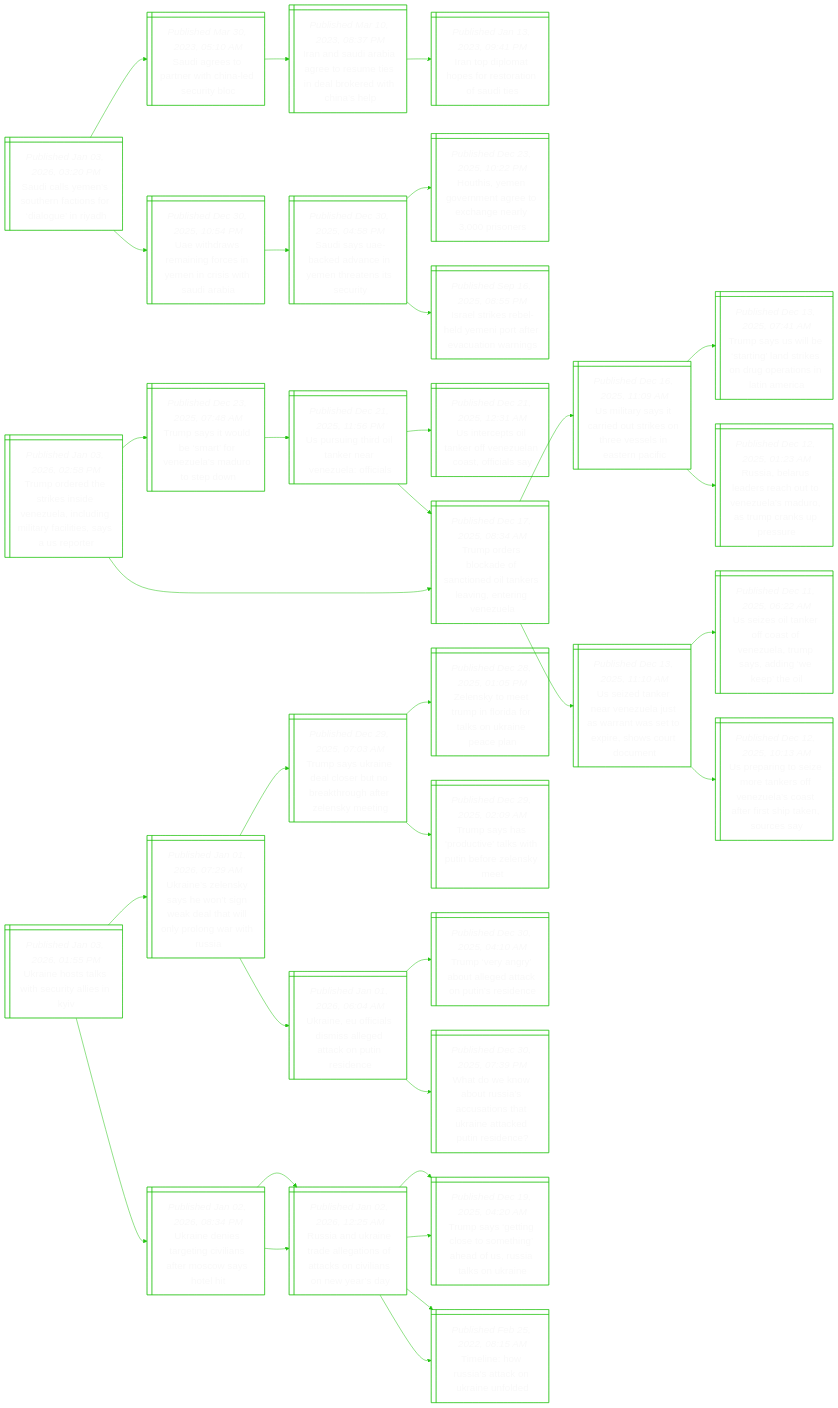
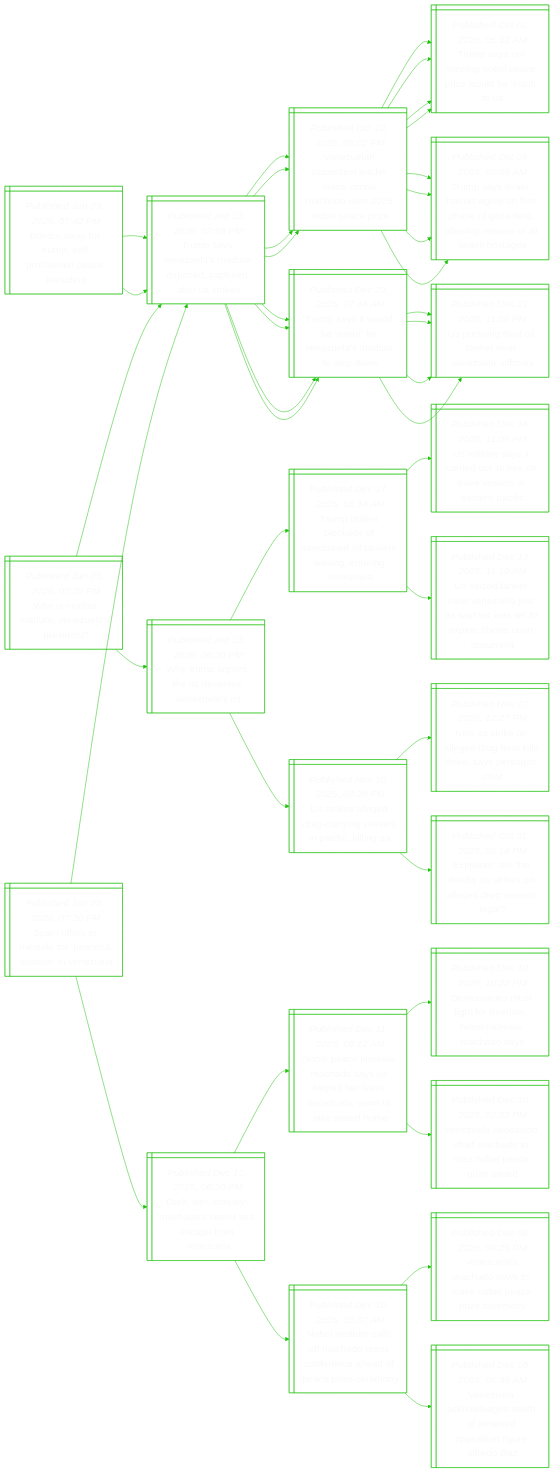
Before and after one commit to notJmes/notJmes: the diagram in README.md, drawn with Mermaid. The commit also changed other lines of this file, not shown here.

````diff
--- a/README.md
+++ b/README.md
@@ -16,112 +16,130 @@
 flowchart LR
 classDef txtsize font-size:20px;
 
-ScYshandgRh@{ shape: win-pane, label: "_Published Jan 03, 2026, 03:20 PM_
-Saudi calls yemen’s southern factions for ‘dialogue’ in riyadh" }
-Sasrwheub@{ shape: win-pane, label: "_Published Mar 30, 2023, 05:10 AM_
-Saudi agrees to partner with china-led security bloc" }
-Indbrreileiie@{ shape: win-pane, label: "_Published Mar 10, 2023, 08:37 PM_
-Iran and saudi arabia agree to resume ties in deal brokered with china’s help" }
-Iolhfstfi@{ shape: win-pane, label: "_Published Jan 13, 2023, 09:41 PM_
-Iran top diplomat hopes for restoration of saudi ties" }
-Utwageenihii@{ shape: win-pane, label: "_Published Dec 30, 2025, 10:54 PM_
-Uae withdraws remaining forces in yemen in crisis with saudi arabia" }
-SsAkvieeset@{ shape: win-pane, label: "_Published Dec 30, 2025, 04:58 PM_
-Saudi says uae-backed advance in yemen threatens its security" }
-Hieenexgrir@{ shape: win-pane, label: "_Published Dec 23, 2025, 10:22 PM_
-Houthis, yemen government agree to exchange nearly 3,000 prisoners" }
-Ilkblerecon@{ shape: win-pane, label: "_Published Sep 16, 2025, 08:55 PM_
-Israel strikes rebel-held yemeni port after evacuation warnings" }
-
-ScYshandgRh:::txtsize --> Sasrwheub:::txtsize
-Sasrwheub:::txtsize --> Indbrreileiie:::txtsize
-Indbrreileiie:::txtsize --> Iolhfstfi:::txtsize
-ScYshandgRh:::txtsize --> Utwageenihii:::txtsize
-Utwageenihii:::txtsize --> SsAkvieeset:::txtsize
-SsAkvieeset:::txtsize --> Hieenexgrir:::txtsize
-SsAkvieeset:::txtsize --> Ilkblerecon:::txtsize
-
-ToeseinllgtataSr@{ shape: win-pane, label: "_Published Jan 03, 2026, 02:58 PM_
-Trump ordered the strikes inside venezuela, including military facilities, says a us reporter" }
+Baomfldei@{ shape: win-pane, label: "_Published Jan 03, 2026, 07:42 PM_
+Bombs away for trump, self-proclaimed peace president" }
+TseeadetaUi@{ shape: win-pane, label: "_Published Jan 03, 2026, 02:58 PM_
+Trump says venezuela’s maduro deposed, captured after us strikes" }
+Vuoilranhibai@{ shape: win-pane, label: "_Published Oct 10, 2025, 05:02 PM_
+Venezuelan opposition leader maria corina machado wins 2025 nobel peace prize" }
+TsonoeroelS@{ shape: win-pane, label: "_Published Oct 01, 2025, 05:12 AM_
+Trump says not winning nobel peace prize would be ‘insult’ to us" }
+TssHaossaaorslaoe@{ shape: win-pane, label: "_Published Oct 09, 2025, 05:09 AM_
+Trump says israel, hamas agree on first phase of gaza deal, allowing release of all israeli hostages" }
 Tstdarzsrtw@{ shape: win-pane, label: "_Published Dec 23, 2025, 07:48 AM_
 Trump says it would be ‘smart’ for venezuela’s maduro to step down" }
 Ustonenlis@{ shape: win-pane, label: "_Published Dec 21, 2025, 11:56 PM_
 Us pursuing third oil tanker near venezuela: officials" }
-Uettreeofay@{ shape: win-pane, label: "_Published Dec 21, 2025, 12:31 AM_
-Us intercepts oil tanker off venezuelan coast, officials say" }
-Toskftdasitgz@{ shape: win-pane, label: "_Published Dec 17, 2025, 08:34 AM_
-Trump orders blockade of sanctioned oil tankers leaving, entering venezuela" }
+TseeadetaUi@{ shape: win-pane, label: "_Published Jan 03, 2026, 02:58 PM_
+Trump says venezuela’s maduro deposed, captured after us strikes" }
+Vuoilranhibai@{ shape: win-pane, label: "_Published Oct 10, 2025, 05:02 PM_
+Venezuelan opposition leader maria corina machado wins 2025 nobel peace prize" }
+TsonoeroelS@{ shape: win-pane, label: "_Published Oct 01, 2025, 05:12 AM_
+Trump says not winning nobel peace prize would be ‘insult’ to us" }
+TssHaossaaorslaoe@{ shape: win-pane, label: "_Published Oct 09, 2025, 05:09 AM_
+Trump says israel, hamas agree on first phase of gaza deal, allowing release of all israeli hostages" }
+Tstdarzsrtw@{ shape: win-pane, label: "_Published Dec 23, 2025, 07:48 AM_
+Trump says it would be ‘smart’ for venezuela’s maduro to step down" }
+Ustonenlis@{ shape: win-pane, label: "_Published Dec 21, 2025, 11:56 PM_
+Us pursuing third oil tanker near venezuela: officials" }
+
+Baomfldei:::txtsize --> TseeadetaUi:::txtsize
+TseeadetaUi:::txtsize --> Vuoilranhibai:::txtsize
+Vuoilranhibai:::txtsize --> TsonoeroelS:::txtsize
+Vuoilranhibai:::txtsize --> TssHaossaaorslaoe:::txtsize
+TseeadetaUi:::txtsize --> Tstdarzsrtw:::txtsize
+Tstdarzsrtw:::txtsize --> Ustonenlis:::txtsize
+Baomfldei:::txtsize --> TseeadetaUi:::txtsize
+TseeadetaUi:::txtsize --> Vuoilranhibai:::txtsize
+Vuoilranhibai:::txtsize --> TsonoeroelS:::txtsize
+Vuoilranhibai:::txtsize --> TssHaossaaorslaoe:::txtsize
+TseeadetaUi:::txtsize --> Tstdarzsrtw:::txtsize
+Tstdarzsrtw:::txtsize --> Ustonenlis:::txtsize
+
+WNaunlen@{ shape: win-pane, label: "_Published Jan 03, 2026, 07:25 PM_
+Who is nicolas maduro, venezuela’s president?" }
+TseeadetaUi@{ shape: win-pane, label: "_Published Jan 03, 2026, 02:58 PM_
+Trump says venezuela’s maduro deposed, captured after us strikes" }
+Vuoilranhibai@{ shape: win-pane, label: "_Published Oct 10, 2025, 05:02 PM_
+Venezuelan opposition leader maria corina machado wins 2025 nobel peace prize" }
+TsonoeroelS@{ shape: win-pane, label: "_Published Oct 01, 2025, 05:12 AM_
+Trump says not winning nobel peace prize would be ‘insult’ to us" }
+TssHaossaaorslaoe@{ shape: win-pane, label: "_Published Oct 09, 2025, 05:09 AM_
+Trump says israel, hamas agree on first phase of gaza deal, allowing release of all israeli hostages" }
+Tstdarzsrtw@{ shape: win-pane, label: "_Published Dec 23, 2025, 07:48 AM_
+Trump says it would be ‘smart’ for venezuela’s maduro to step down" }
+Ustonenlis@{ shape: win-pane, label: "_Published Dec 21, 2025, 11:56 PM_
+Us pursuing third oil tanker near venezuela: officials" }
+Wugheeea@{ shape: win-pane, label: "_Published Jan 03, 2026, 06:30 PM_
+Why trump argues the us deserves venezuela’s oil" }
 Toskftdasitgz@{ shape: win-pane, label: "_Published Dec 17, 2025, 08:34 AM_
 Trump orders blockade of sanctioned oil tankers leaving, entering venezuela" }
 Uistitktvlanf@{ shape: win-pane, label: "_Published Dec 16, 2025, 11:09 AM_
 Us military says it carried out strikes on three vessels in eastern pacific" }
-TsSbrltsurnama@{ shape: win-pane, label: "_Published Dec 13, 2025, 07:41 AM_
-Trump says us will be ‘starting’ land strikes on drug operations in latin america" }
-RararoVuMouaps@{ shape: win-pane, label: "_Published Dec 12, 2025, 01:23 AM_
-Russia, belarus leaders reach out to venezuela’s maduro, as trump cranks up pressure" }
 Uznenltrwtphoon@{ shape: win-pane, label: "_Published Dec 13, 2025, 11:10 AM_
 Us seized tanker near venezuela just as warrant was set to expire, shows court document" }
-Uzlecoeapageo@{ shape: win-pane, label: "_Published Dec 11, 2025, 06:22 AM_
-Us seizes oil tanker off coast of venezuela, trump says, adding ‘we keep’ the oil" }
-Upgirkfeasespncy@{ shape: win-pane, label: "_Published Dec 12, 2025, 10:13 AM_
-Us preparing to seize more tankers off venezuela’s coast after first ship taken, sources say" }
+Uildcisiiig@{ shape: win-pane, label: "_Published Nov 10, 2025, 09:20 PM_
+Us strikes alleged drug-carrying vessels in pacific, killing six" }
+Nseldolrytc@{ shape: win-pane, label: "_Published Nov 07, 2025, 12:27 PM_
+New us strike on alleged drug boat kills three, says pentagon chief" }
+Eirdyroersl@{ shape: win-pane, label: "_Published Oct 31, 2025, 06:16 PM_
+Explainer: are the deadly us strikes on alleged drug vessels legal?​" }
 
-ToeseinllgtataSr:::txtsize --> Tstdarzsrtw:::txtsize
+WNaunlen:::txtsize --> TseeadetaUi:::txtsize
+TseeadetaUi:::txtsize --> Vuoilranhibai:::txtsize
+Vuoilranhibai:::txtsize --> TsonoeroelS:::txtsize
+Vuoilranhibai:::txtsize --> TssHaossaaorslaoe:::txtsize
+TseeadetaUi:::txtsize --> Tstdarzsrtw:::txtsize
 Tstdarzsrtw:::txtsize --> Ustonenlis:::txtsize
-Ustonenlis:::txtsize --> Uettreeofay:::txtsize
-Ustonenlis:::txtsize --> Toskftdasitgz:::txtsize
-ToeseinllgtataSr:::txtsize --> Toskftdasitgz:::txtsize
+WNaunlen:::txtsize --> Wugheeea:::txtsize
+Wugheeea:::txtsize --> Toskftdasitgz:::txtsize
 Toskftdasitgz:::txtsize --> Uistitktvlanf:::txtsize
-Uistitktvlanf:::txtsize --> TsSbrltsurnama:::txtsize
-Uistitktvlanf:::txtsize --> RararoVuMouaps:::txtsize
 Toskftdasitgz:::txtsize --> Uznenltrwtphoon:::txtsize
-Uznenltrwtphoon:::txtsize --> Uzlecoeapageo:::txtsize
-Uznenltrwtphoon:::txtsize --> Upgirkfeasespncy:::txtsize
+Wugheeea:::txtsize --> Uildcisiiig:::txtsize
+Uildcisiiig:::txtsize --> Nseldolrytc:::txtsize
+Uildcisiiig:::txtsize --> Eirdyroersl:::txtsize
 
-Untkhrliv@{ shape: win-pane, label: "_Published Jan 03, 2026, 01:55 PM_
-Ukraine hosts talks with security allies in kyiv" }
-Unlyhtwealpnwu@{ shape: win-pane, label: "_Published Jan 01, 2026, 07:29 AM_
-Ukraine’s zelensky says he won’t sign weak deal that will only prolong war with russia" }
-Tskecrokutlyi@{ shape: win-pane, label: "_Published Dec 29, 2025, 07:03 AM_
-Trump says ukraine deal closer but no breakthrough after zelensky meeting" }
-Zsmrnirsrpp@{ shape: win-pane, label: "_Published Dec 28, 2025, 01:05 PM_
-Zelensky to meet trump in florida for talks on ukraine peace plan" }
-Tsadvkhnrem@{ shape: win-pane, label: "_Published Dec 29, 2025, 02:09 AM_
-Trump says has 'productive' talks with putin before zelensky meet" }
-UnfasaeaPre@{ shape: win-pane, label: "_Published Jan 01, 2026, 06:04 AM_
-Ukraine, eu officials dismiss alleged attack on putin residence" }
-Tvnbldcure@{ shape: win-pane, label: "_Published Dec 30, 2025, 04:10 AM_
-Trump ‘very angry’ about alleged attack on putin’s residence" }
-Woouscttkecuen@{ shape: win-pane, label: "_Published Dec 30, 2025, 07:39 PM_
-What do we know about russia’s accusations that ukraine attacked putin residence?" }
-Unirnisrosl@{ shape: win-pane, label: "_Published Jan 02, 2026, 08:34 PM_
-Ukraine denies targeting civilians after moscow says hotel hit" }
-Rakeegntsvner@{ shape: win-pane, label: "_Published Jan 02, 2026, 12:25 AM_
-Russia and ukraine trade allegations of attacks on civilians on new year’s day" }
-TsegemnaSikke@{ shape: win-pane, label: "_Published Dec 19, 2025, 04:20 AM_
-Trump says ‘getting close to something’ ahead of us, russia talks on ukraine" }
-Tiwitnifd@{ shape: win-pane, label: "_Published Feb 25, 2022, 08:15 AM_
-Timeline: how russia's attack on ukraine unfolded" }
-Rakeegntsvner@{ shape: win-pane, label: "_Published Jan 02, 2026, 12:25 AM_
-Russia and ukraine trade allegations of attacks on civilians on new year’s day" }
-TsegemnaSikke@{ shape: win-pane, label: "_Published Dec 19, 2025, 04:20 AM_
-Trump says ‘getting close to something’ ahead of us, russia talks on ukraine" }
-Tiwitnifd@{ shape: win-pane, label: "_Published Feb 25, 2022, 08:15 AM_
-Timeline: how russia's attack on ukraine unfolded" }
+Sosdfaltnz@{ shape: win-pane, label: "_Published Jan 03, 2026, 07:20 PM_
+Spain offers to mediate for ‘peaceful solution’ in venezuela" }
+TseeadetaUi@{ shape: win-pane, label: "_Published Jan 03, 2026, 02:58 PM_
+Trump says venezuela’s maduro deposed, captured after us strikes" }
+Vuoilranhibai@{ shape: win-pane, label: "_Published Oct 10, 2025, 05:02 PM_
+Venezuelan opposition leader maria corina machado wins 2025 nobel peace prize" }
+TsonoeroelS@{ shape: win-pane, label: "_Published Oct 01, 2025, 05:12 AM_
+Trump says not winning nobel peace prize would be ‘insult’ to us" }
+TssHaossaaorslaoe@{ shape: win-pane, label: "_Published Oct 09, 2025, 05:09 AM_
+Trump says israel, hamas agree on first phase of gaza deal, allowing release of all israeli hostages" }
+Tstdarzsrtw@{ shape: win-pane, label: "_Published Dec 23, 2025, 07:48 AM_
+Trump says it would be ‘smart’ for venezuela’s maduro to step down" }
+Ustonenlis@{ shape: win-pane, label: "_Published Dec 21, 2025, 11:56 PM_
+Us pursuing third oil tanker near venezuela: officials" }
+DepcseeeVu@{ shape: win-pane, label: "_Published Dec 12, 2025, 06:30 PM_
+Dark, wet, choppy: machado’s secret sea escape from venezuela" }
+NPlacsSelVuotwo@{ shape: win-pane, label: "_Published Dec 11, 2025, 08:12 AM_
+Nobel peace laureate machado says us helped her leave venezuela; vows to take award home" }
+DrsffeNlacs@{ shape: win-pane, label: "_Published Dec 10, 2025, 10:22 PM_
+Democracies must fight for freedom, nobel laureate machado says" }
+Vupthaoseczr@{ shape: win-pane, label: "_Published Dec 10, 2025, 02:32 PM_
+Venezuela opposition chief machado to miss nobel peace prize award" }
+NItafhroehfeem@{ shape: win-pane, label: "_Published Dec 10, 2025, 03:07 AM_
+Nobel institute calls off machado press conference ahead of peace prize ceremony" }
+VuMdskecze@{ shape: win-pane, label: "_Published Dec 06, 2025, 09:25 PM_
+Venezuela’s machado vows to make nobel peace prize ceremony" }
+Vuclshtdsnrri@{ shape: win-pane, label: "_Published Dec 08, 2025, 06:45 AM_
+Venezuela acknowledges death of detained opposition figure alfredo diaz" }
 
-Untkhrliv:::txtsize --> Unlyhtwealpnwu:::txtsize
-Unlyhtwealpnwu:::txtsize --> Tskecrokutlyi:::txtsize
-Tskecrokutlyi:::txtsize --> Zsmrnirsrpp:::txtsize
-Tskecrokutlyi:::txtsize --> Tsadvkhnrem:::txtsize
-Unlyhtwealpnwu:::txtsize --> UnfasaeaPre:::txtsize
-UnfasaeaPre:::txtsize --> Tvnbldcure:::txtsize
-UnfasaeaPre:::txtsize --> Woouscttkecuen:::txtsize
-Untkhrliv:::txtsize --> Unirnisrosl:::txtsize
-Unirnisrosl:::txtsize --> Rakeegntsvner:::txtsize
-Rakeegntsvner:::txtsize --> TsegemnaSikke:::txtsize
-Rakeegntsvner:::txtsize --> Tiwitnifd:::txtsize
-Unirnisrosl:::txtsize --> Rakeegntsvner:::txtsize
-Rakeegntsvner:::txtsize --> TsegemnaSikke:::txtsize
-Rakeegntsvner:::txtsize --> Tiwitnifd:::txtsize
+Sosdfaltnz:::txtsize --> TseeadetaUi:::txtsize
+TseeadetaUi:::txtsize --> Vuoilranhibai:::txtsize
+Vuoilranhibai:::txtsize --> TsonoeroelS:::txtsize
+Vuoilranhibai:::txtsize --> TssHaossaaorslaoe:::txtsize
+TseeadetaUi:::txtsize --> Tstdarzsrtw:::txtsize
+Tstdarzsrtw:::txtsize --> Ustonenlis:::txtsize
+Sosdfaltnz:::txtsize --> DepcseeeVu:::txtsize
+DepcseeeVu:::txtsize --> NPlacsSelVuotwo:::txtsize
+NPlacsSelVuotwo:::txtsize --> DrsffeNlacs:::txtsize
+NPlacsSelVuotwo:::txtsize --> Vupthaoseczr:::txtsize
+DepcseeeVu:::txtsize --> NItafhroehfeem:::txtsize
+NItafhroehfeem:::txtsize --> VuMdskecze:::txtsize
+NItafhroehfeem:::txtsize --> Vuclshtdsnrri:::txtsize
 
 ```
````
